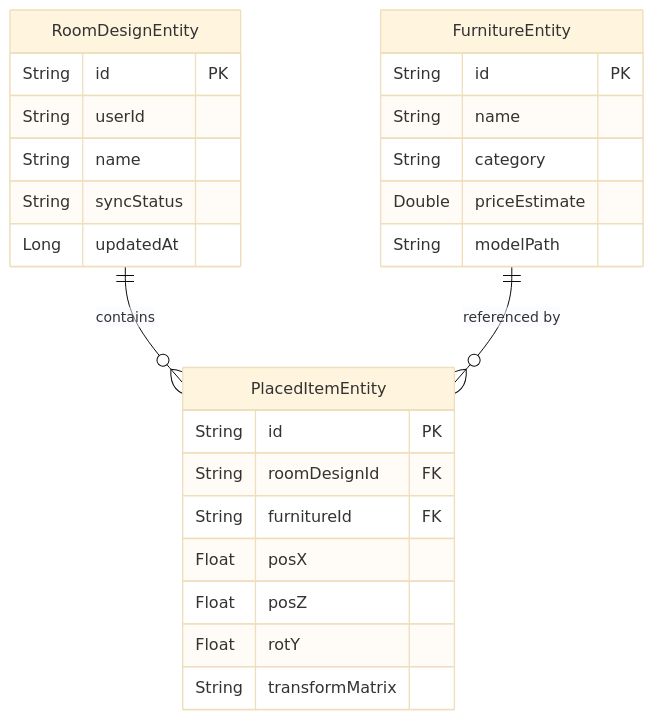
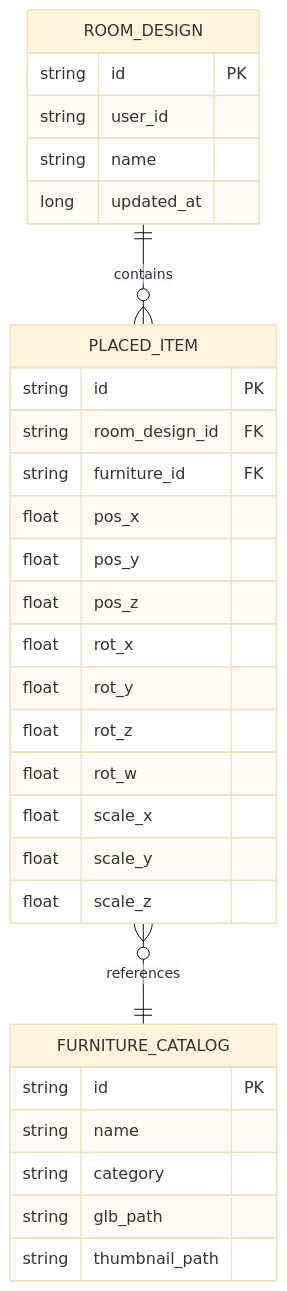
One commit to Vinoth-ai-20/lumiroom changed the first of 2 diagrams in docs/DatabaseDesign.md. Above: the diagram before and after it, drawn with Mermaid (base theme). The commit also changed other lines of this file and 12 other files, not shown here.

````diff
--- a/docs/DatabaseDesign.md
+++ b/docs/DatabaseDesign.md
@@ -8,31 +18,36 @@
 ```mermaid
 erDiagram
-    RoomDesignEntity ||--o{ PlacedItemEntity : "contains"
-    FurnitureEntity ||--o{ PlacedItemEntity : "referenced by"
-
-    RoomDesignEntity {
-        String id PK
-        String userId
-        String name
-        String syncStatus
-        Long updatedAt
+    ROOM_DESIGN ||--o{ PLACED_ITEM : contains
+    PLACED_ITEM }o--|| FURNITURE_CATALOG : references
+    
+    ROOM_DESIGN {
+        string id PK
+        string user_id
+        string name
+        long updated_at
     }
-
-    FurnitureEntity {
-        String id PK
-        String name
-        String category
-        Double priceEstimate
-        String modelPath
+    
+    PLACED_ITEM {
+        string id PK
+        string room_design_id FK
+        string furniture_id FK
+        float pos_x
+        float pos_y
+        float pos_z
+        float rot_x
+        float rot_y
+        float rot_z
+        float rot_w
+        float scale_x
+        float scale_y
+        float scale_z
     }
-
-    PlacedItemEntity {
-        String id PK
-        String roomDesignId FK
-        String furnitureId FK
-        Float posX
-        Float posZ
-        Float rotY
-        String transformMatrix
+    
+    FURNITURE_CATALOG {
+        string id PK
+        string name
+        string category
+        string glb_path
+        string thumbnail_path
     }
 ```
````
